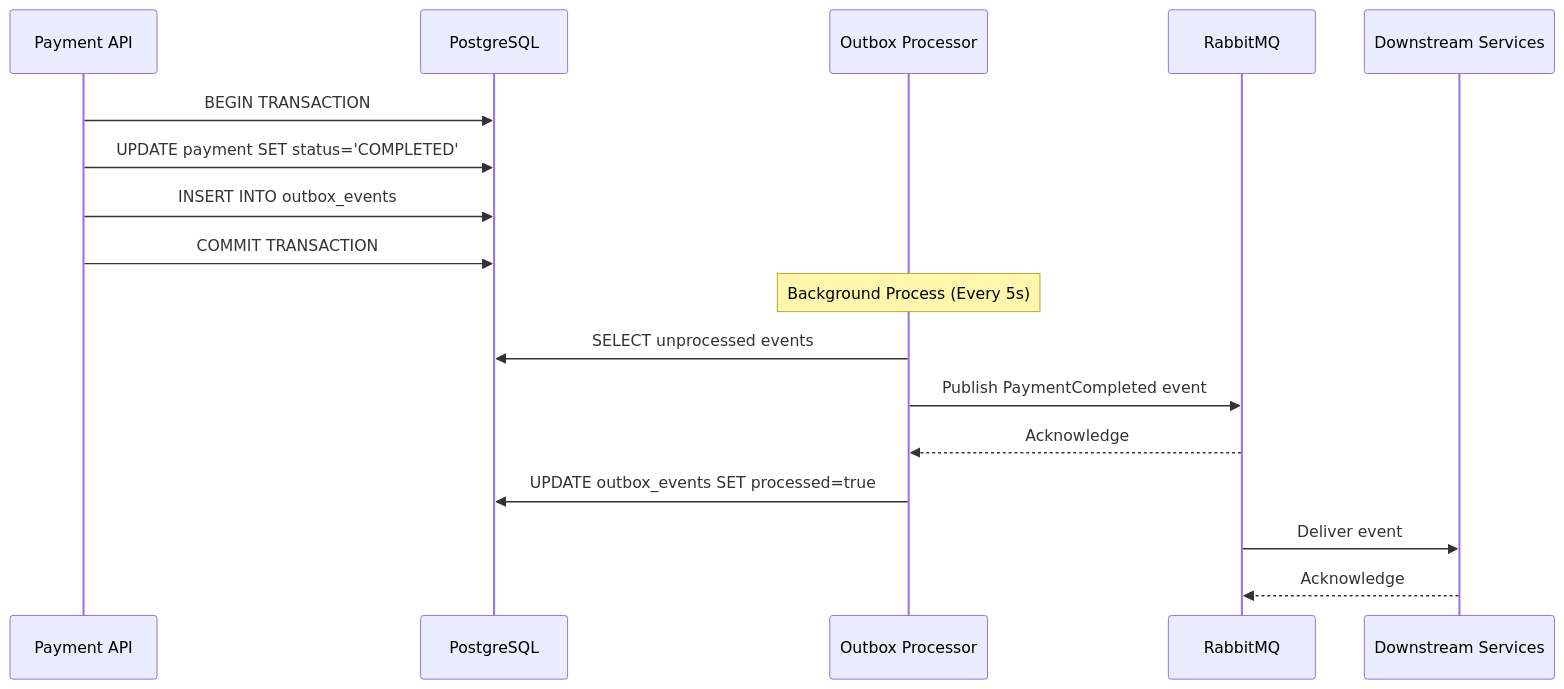
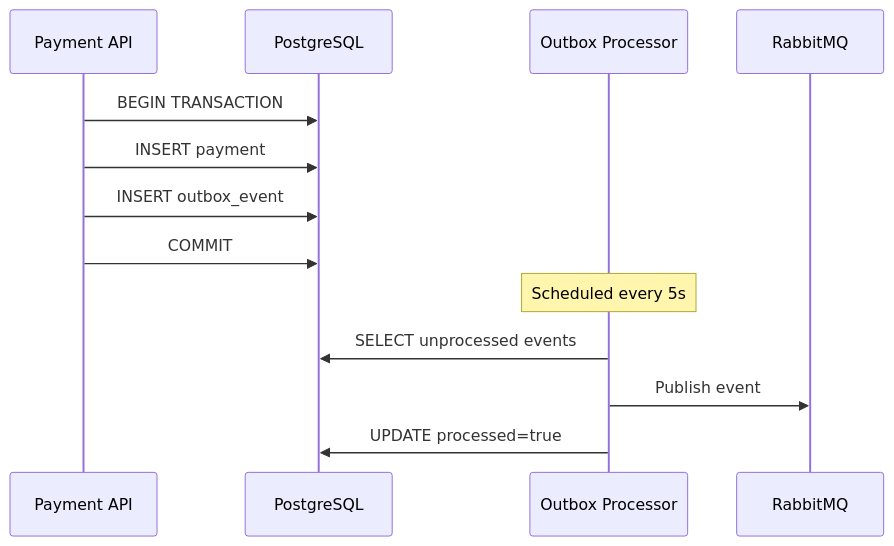
One commit to Nardos-Tsega/po changed the fifth of 5 diagrams in README.md. Above: the diagram before and after it, drawn with Mermaid. The commit also changed other lines of this file and 9 other files, not shown here.

````diff
--- a/README.md
+++ b/README.md
@@ -355,22 +196,17 @@
 ```mermaid
 sequenceDiagram
     participant API as Payment API
     participant DB as PostgreSQL
-    participant OB as Outbox Processor
-    participant MQ as RabbitMQ
-    participant DS as Downstream Services
+    participant OUTBOX as Outbox Processor
+    participant RABBIT as RabbitMQ
     
     API->>DB: BEGIN TRANSACTION
-    API->>DB: UPDATE payment SET status='COMPLETED'
-    API->>DB: INSERT INTO outbox_events
-    API->>DB: COMMIT TRANSACTION
+    API->>DB: INSERT payment
+    API->>DB: INSERT outbox_event
+    API->>DB: COMMIT
     
-    Note over OB: Background Process (Every 5s)
-    OB->>DB: SELECT unprocessed events
-    OB->>MQ: Publish PaymentCompleted event
-    MQ-->>OB: Acknowledge
-    OB->>DB: UPDATE outbox_events SET processed=true
-    
-    MQ->>DS: Deliver event
-    DS-->>MQ: Acknowledge
+    Note over OUTBOX: Scheduled every 5s
+    OUTBOX->>DB: SELECT unprocessed events
+    OUTBOX->>RABBIT: Publish event
+    OUTBOX->>DB: UPDATE processed=true
 ```
````
